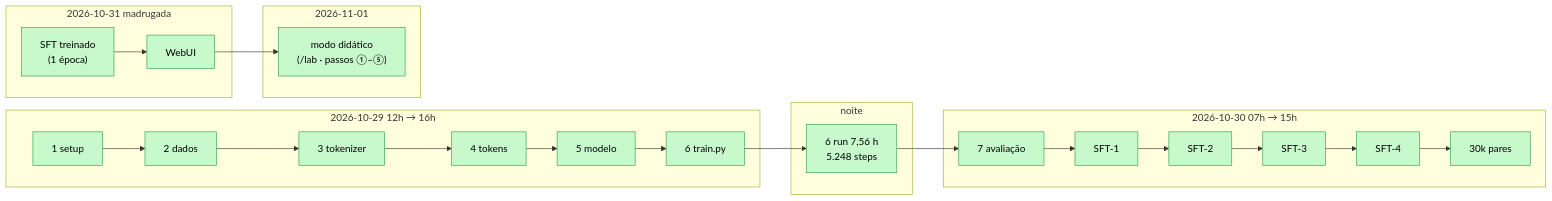
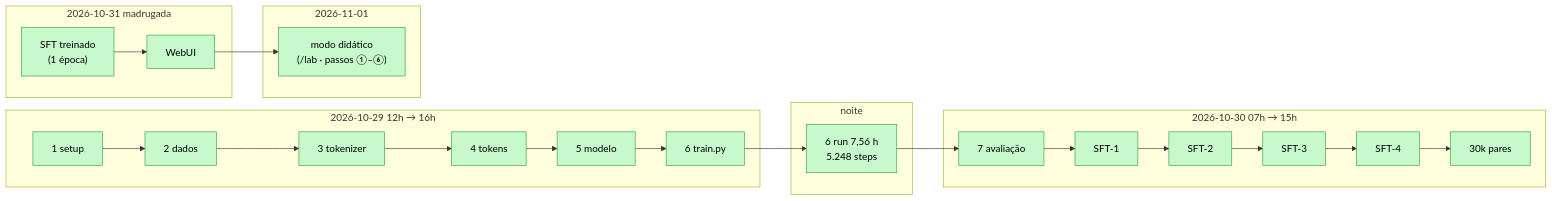
Before and after one commit to marcelogsouza/pingo: the diagram in docs/00-projeto/Linha do tempo.md, drawn with Mermaid. The commit also changed other lines of this file and 5 other files, not shown here.

````diff
--- a/docs/00-projeto/Linha do tempo.md
+++ b/docs/00-projeto/Linha do tempo.md
@@ -100,24 +103,24 @@
 ```mermaid
 flowchart LR
     subgraph "2026-10-29 12h → 16h"
         p1["1 setup"] --> p2["2 dados"] --> p3["3 tokenizer"] --> p4["4 tokens"] --> p5["5 modelo"] --> p6a["6 train.py"]
     end
     subgraph "noite"
         p6b["6 run 7,56 h<br/>5.248 steps"]
     end
     subgraph "2026-10-30 07h → 15h"
         p7["7 avaliação"] --> sft1["SFT-1"] --> sft2["SFT-2"] --> sft3["SFT-3"] --> sft4["SFT-4"] --> ds["30k pares"]
     end
     subgraph "2026-10-31 madrugada"
         sft5["SFT treinado<br/>(1 época)"] --> wui["WebUI"]
     end
     subgraph "2026-11-01"
-        lab["modo didático<br/>(/lab · passos ①–⑤)"]
+        lab["modo didático<br/>(/lab · passos ①–⑥)"]
     end
     p6a --> p6b --> p7
     wui --> lab
 
     classDef feito fill:#c7f9cc,stroke:#2f9e44,color:#000
     classDef rodando fill:#fff3bf,stroke:#f08c00,color:#000
     class p1,p2,p3,p4,p5,p6a,p6b,p7,sft1,sft2,sft3,sft4,ds,sft5,wui,lab feito
 ```
````
